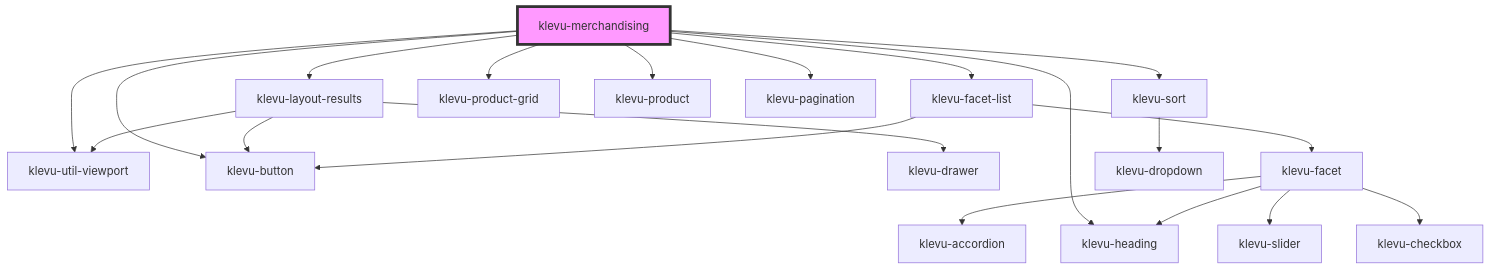
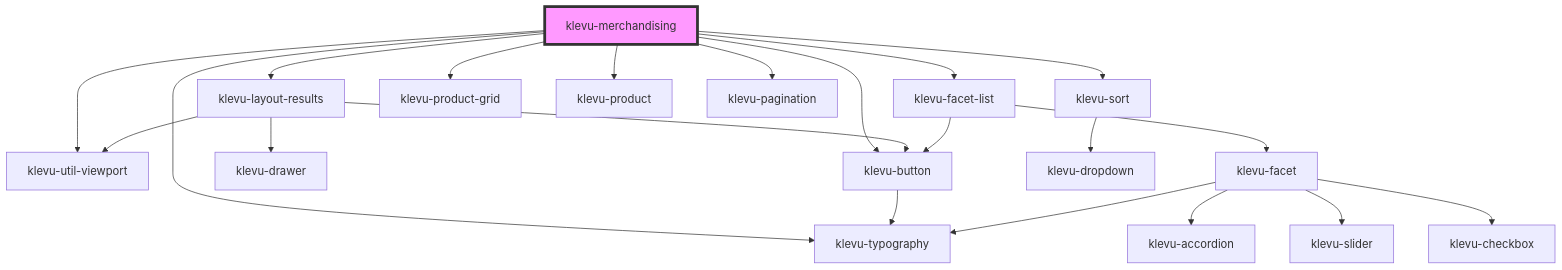
Before and after one commit to klevultd/frontend-sdk: the diagram in packages/klevu-ui/src/components/klevu-merchandising/readme.md, drawn with Mermaid. The commit also changed other lines of this file and 39 other files, not shown here.

Commit message:
change heading to typography and create system

````diff
--- a/packages/klevu-ui/src/components/klevu-merchandising/readme.md
+++ b/packages/klevu-ui/src/components/klevu-merchandising/readme.md
@@ -39,23 +39,24 @@
 ```mermaid
 graph TD;
   klevu-merchandising --> klevu-util-viewport
   klevu-merchandising --> klevu-layout-results
   klevu-merchandising --> klevu-facet-list
-  klevu-merchandising --> klevu-heading
+  klevu-merchandising --> klevu-typography
   klevu-merchandising --> klevu-sort
   klevu-merchandising --> klevu-product-grid
   klevu-merchandising --> klevu-product
   klevu-merchandising --> klevu-pagination
   klevu-merchandising --> klevu-button
   klevu-layout-results --> klevu-util-viewport
   klevu-layout-results --> klevu-drawer
   klevu-layout-results --> klevu-button
+  klevu-button --> klevu-typography
   klevu-facet-list --> klevu-facet
   klevu-facet-list --> klevu-button
   klevu-facet --> klevu-accordion
-  klevu-facet --> klevu-heading
+  klevu-facet --> klevu-typography
   klevu-facet --> klevu-slider
   klevu-facet --> klevu-checkbox
   klevu-sort --> klevu-dropdown
   style klevu-merchandising fill:#f9f,stroke:#333,stroke-width:4px
 ```
````
